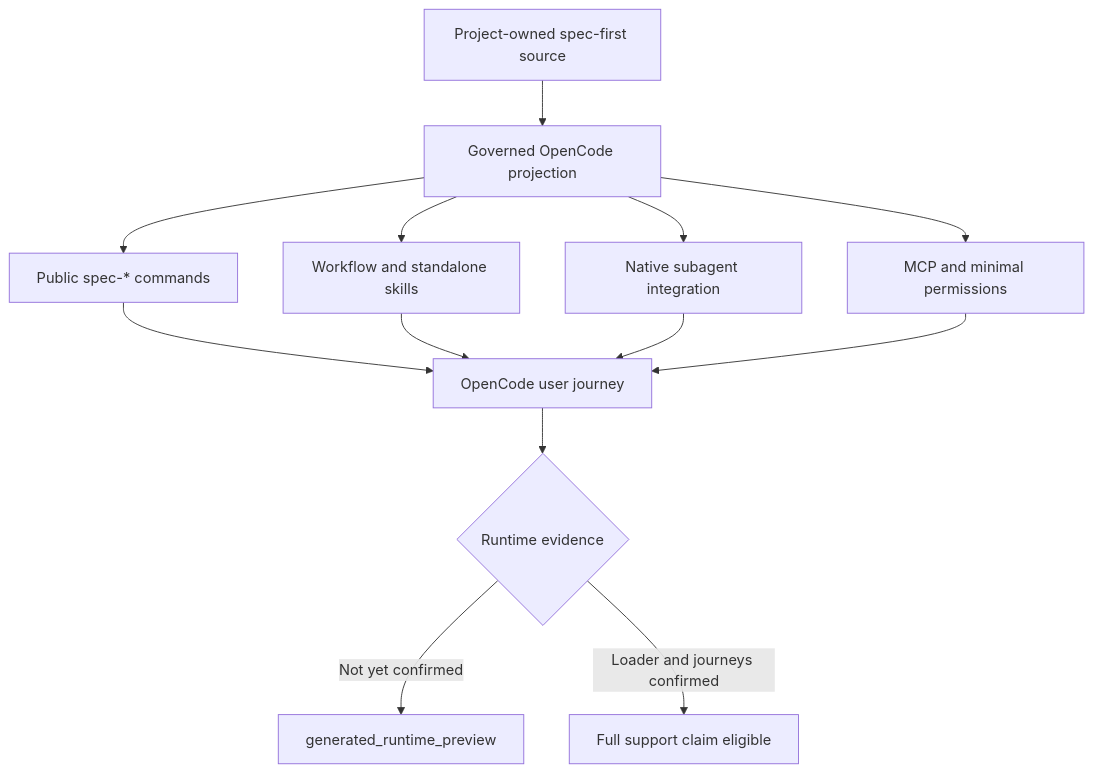
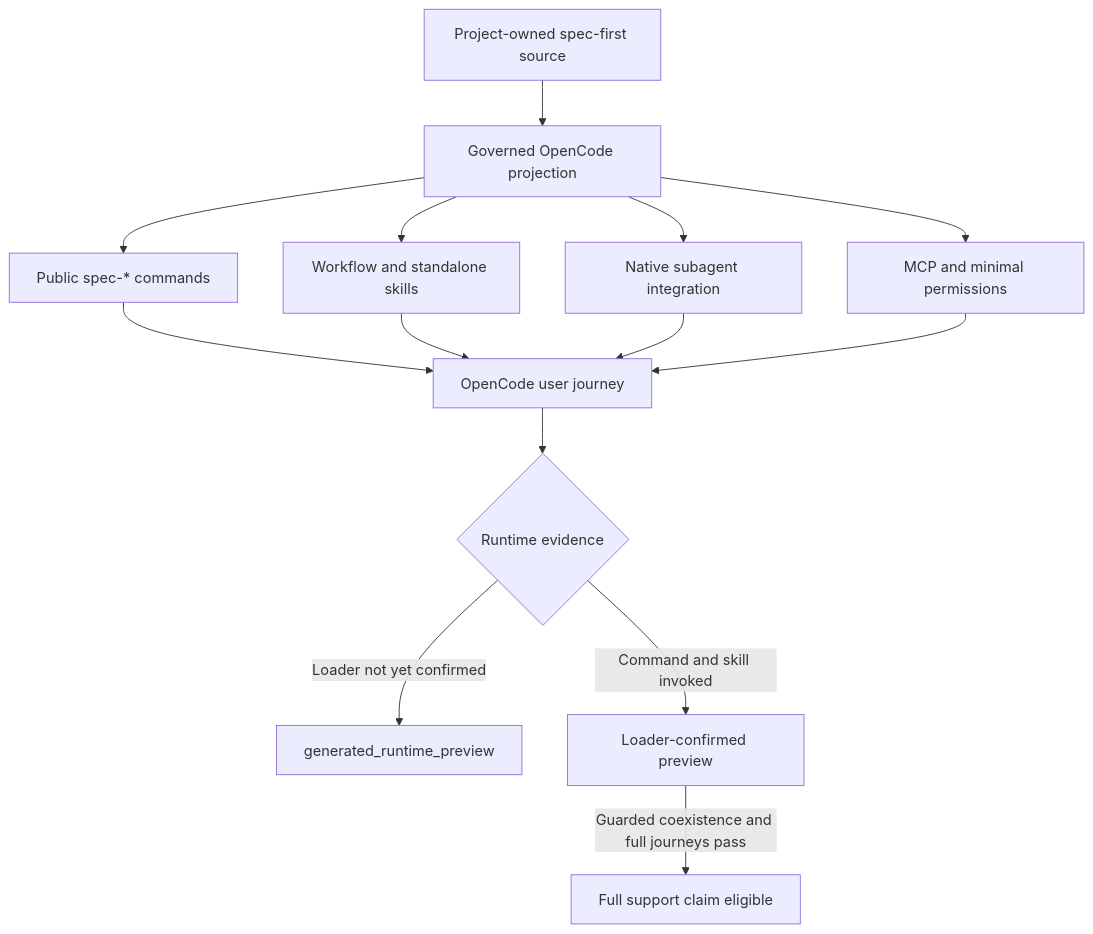
One commit to leo-kuang-ai/spec-first changed the first of 4 diagrams in docs/plans/2026-07-27-001-feat-opencode-host-support-plan.md. Above: the diagram before and after it, drawn with Mermaid. The commit also changed other lines of this file and 1 other file, not shown here.

````diff
--- a/docs/plans/2026-07-27-001-feat-opencode-host-support-plan.md
+++ b/docs/plans/2026-07-27-001-feat-opencode-host-support-plan.md
@@ -57,15 +57,16 @@
 ```mermaid
 flowchart TB
   S[Project-owned spec-first source] --> G[Governed OpenCode projection]
   G --> C[Public spec-* commands]
   G --> K[Workflow and standalone skills]
   G --> A[Native subagent integration]
   G --> M[MCP and minimal permissions]
   C --> O[OpenCode user journey]
   K --> O
   A --> O
   M --> O
   O --> E{Runtime evidence}
-  E -->|Not yet confirmed| P[generated_runtime_preview]
-  E -->|Loader and journeys confirmed| F[Full support claim eligible]
+  E -->|Loader not yet confirmed| P[generated_runtime_preview]
+  E -->|Command and skill invoked| L[Loader-confirmed preview]
+  L -->|Guarded coexistence and full journeys pass| F[Full support claim eligible]
 ```
````
